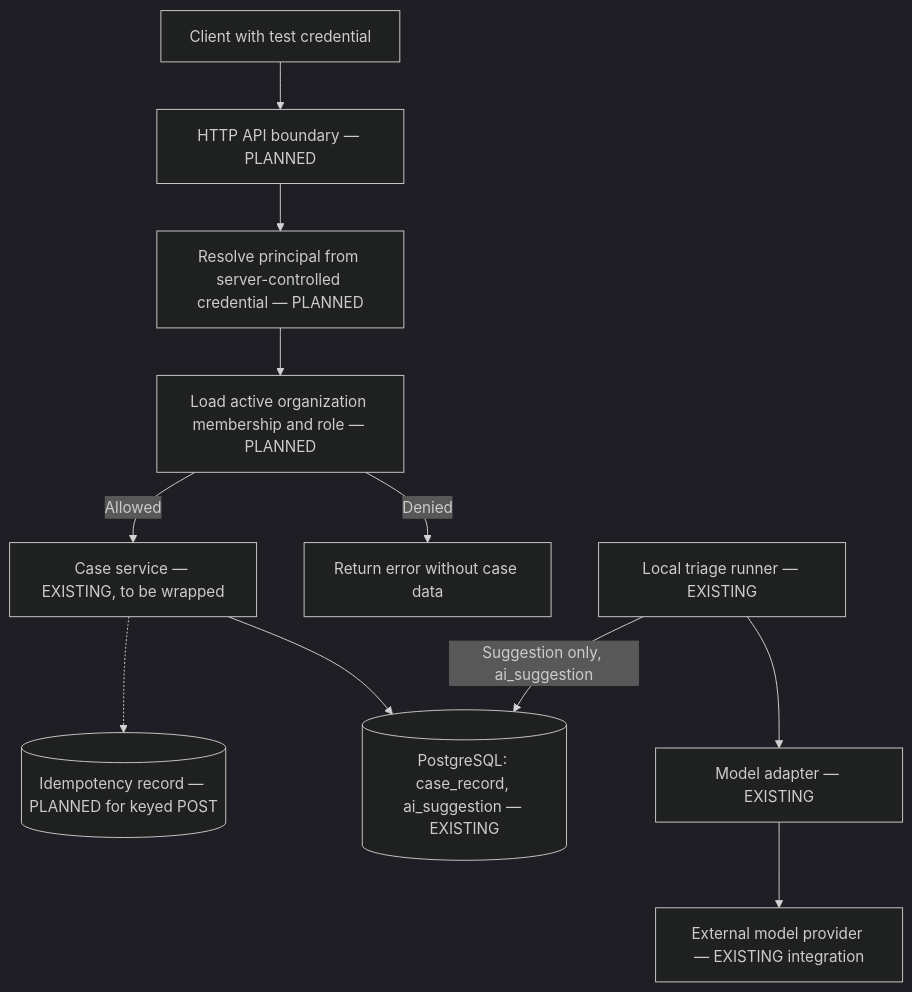
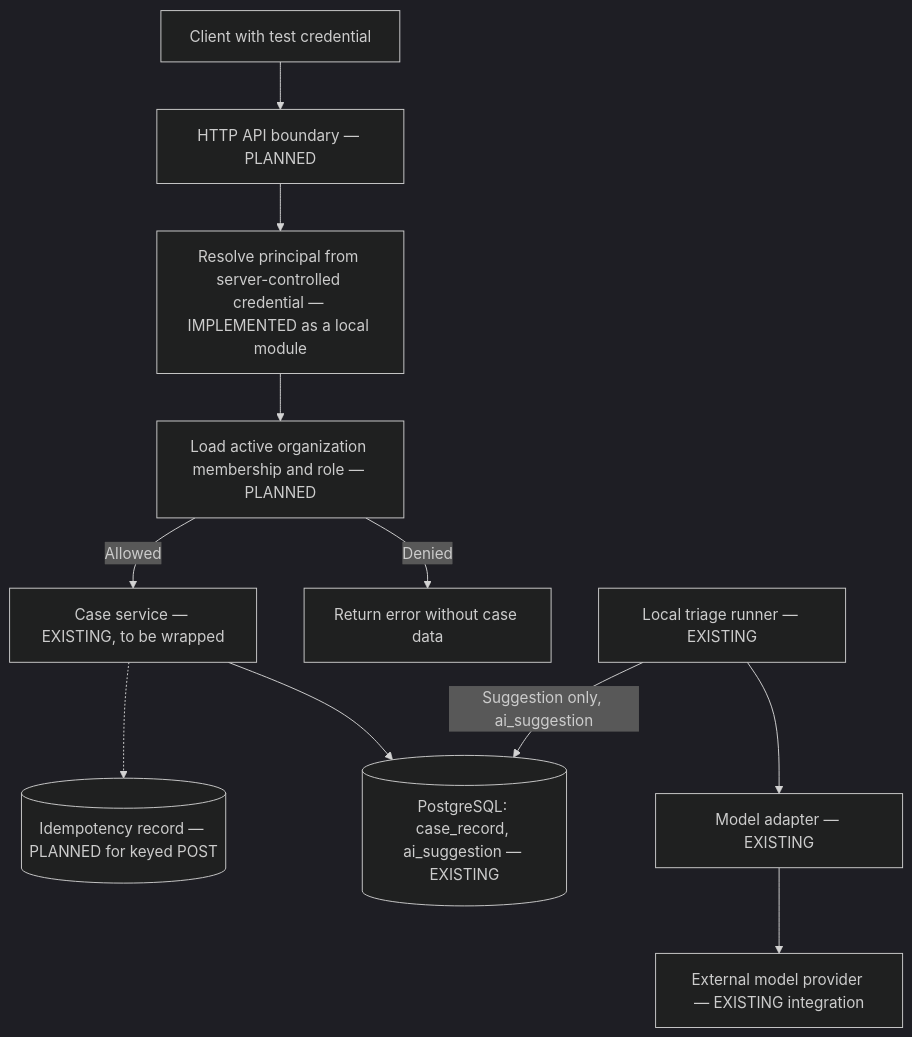
The diagram in docs/api-contract.md (asadhanif3188/Enterprise-AI-Service-Operations), drawn with Mermaid (dark theme) before and after one commit. The commit also changed 11 other files, not shown here.

First line of the commit message:
feat: implement local opaque credential verification

````diff
--- a/docs/api-contract.md
+++ b/docs/api-contract.md
@@ -53,13 +53,13 @@
 ```mermaid
 flowchart TD
     U[Client with test credential] --> A[HTTP API boundary — PLANNED]
-    A --> I[Resolve principal from server-controlled credential — PLANNED]
+    A --> I[Resolve principal from server-controlled credential — IMPLEMENTED as a local module]
     I --> P[Load active organization membership and role — PLANNED]
     P -->|Denied| D[Return error without case data]
     P -->|Allowed| S[Case service — EXISTING, to be wrapped]
     S --> DB[(PostgreSQL: case_record, ai_suggestion — EXISTING)]
     S -.-> H[(Idempotency record — PLANNED for keyed POST)]
     R[Local triage runner — EXISTING] --> M[Model adapter — EXISTING]
     M --> X[External model provider — EXISTING integration]
     R -->|Suggestion only, ai_suggestion| DB
 ```
````
